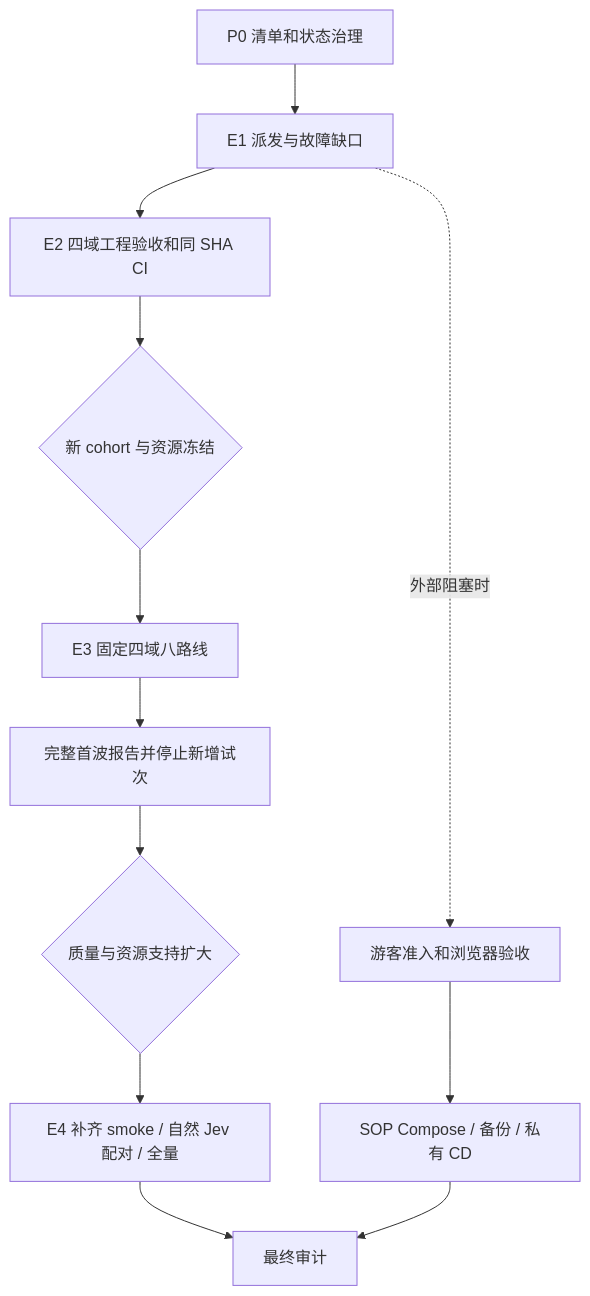
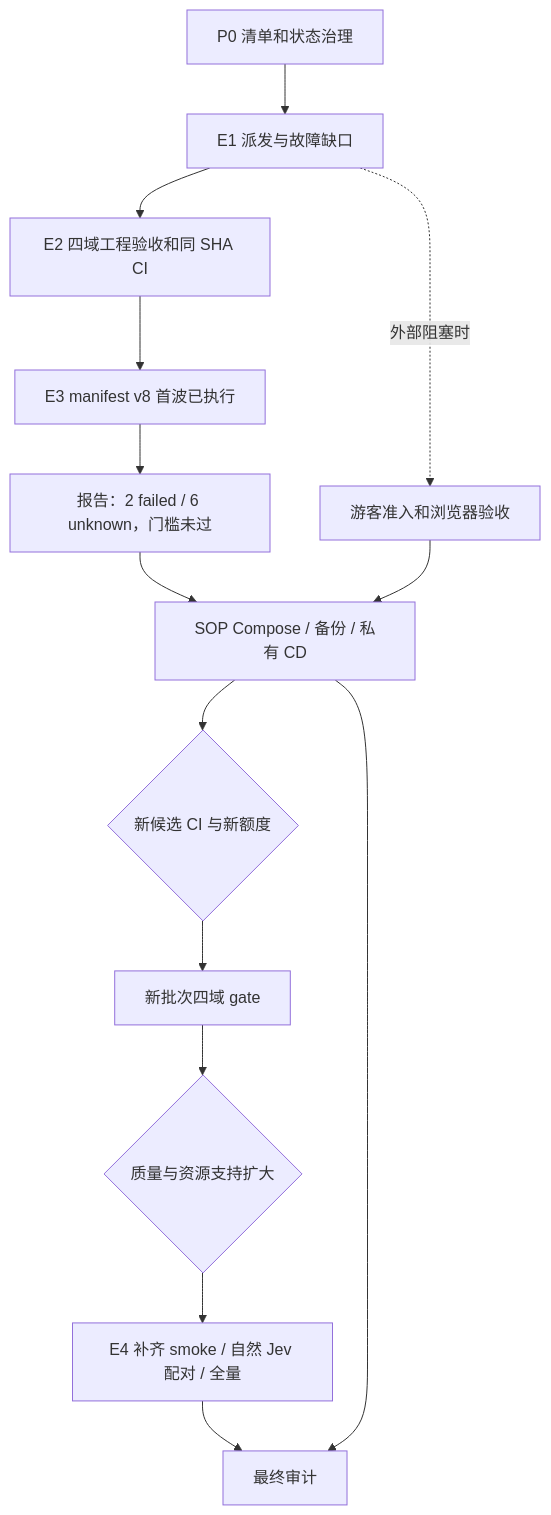
Before and after one commit to shuaibilx/DecAgent: the diagram in generated/261021/计划/1157_后续规划索引.md, drawn with Mermaid. The commit also changed other lines of this file and 7 other files, not shown here.

````diff
--- a/generated/261021/计划/1157_后续规划索引.md
+++ b/generated/261021/计划/1157_后续规划索引.md
@@ -58,14 +60,16 @@
 ```mermaid
 flowchart TD
     P[P0 清单和状态治理] --> E1[E1 派发与故障缺口]
     E1 --> E2[E2 四域工程验收和同 SHA CI]
-    E2 --> B{新 cohort 与资源冻结}
-    B --> S[E3 固定四域八路线]
-    S --> R[完整首波报告并停止新增试次]
-    R --> X{质量与资源支持扩大}
+    E2 --> S[E3 manifest v8 首波已执行]
+    S --> R[报告：2 failed / 6 unknown，门槛未过]
+    R --> D[离线故障定位与回归]
+    D --> B{新候选 CI 与新额度}
+    B --> S2[新批次四域 gate]
+    S2 --> X{质量与资源支持扩大}
     X --> E4[E4 补齐 smoke / 自然 Jev 配对 / 全量]
     E1 -.外部阻塞时.-> G[游客准入和浏览器验收]
     G --> D[SOP Compose / 备份 / 私有 CD]
     E4 --> A[最终审计]
     D --> A
 ```
````
